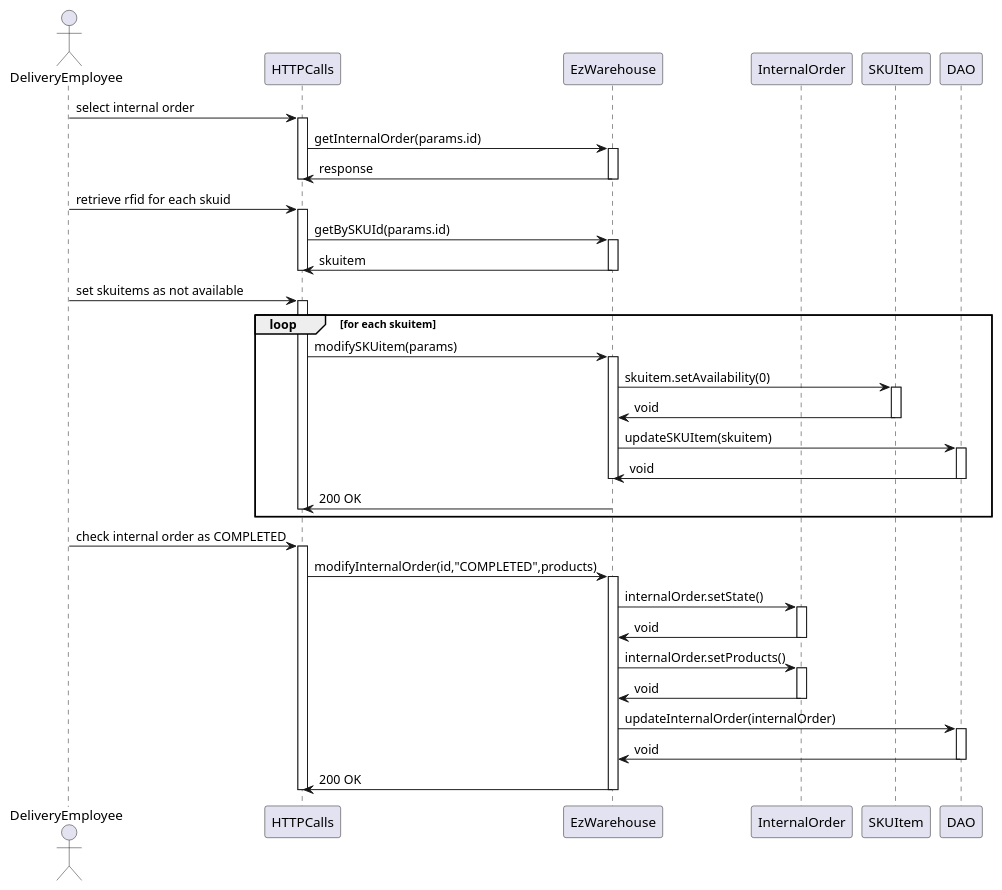
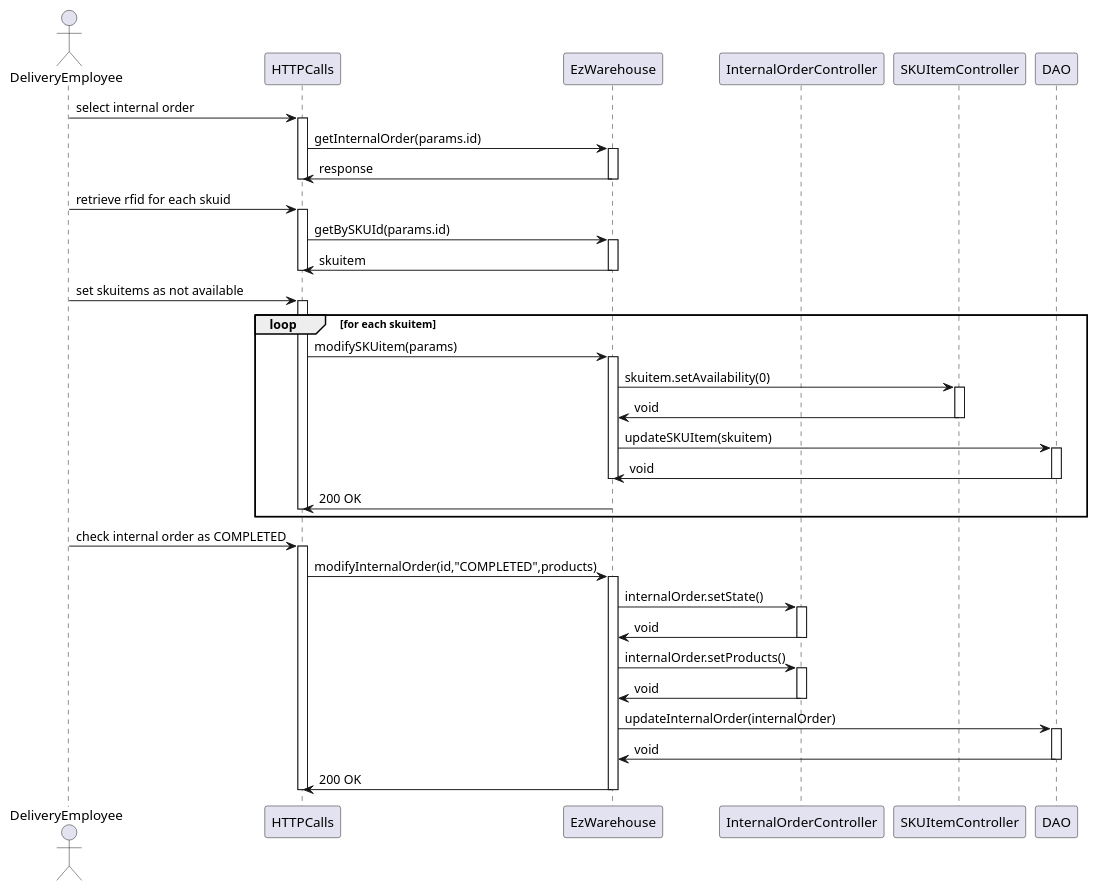
One commit to DavideArcolini/SoftEng_garbageCollector changed diagram 17 of 19 in DesignDocument.md. Above: the diagram before and after it, drawn with PlantUML. The commit also changed other lines of this file and 5 other files, not shown here.

````diff
--- a/DesignDocument.md
+++ b/DesignDocument.md
@@ -1165,64 +1170,64 @@
 ```plantuml
 actor DeliveryEmployee as D
 participant HTTPCalls
 participant EzWarehouse as ezwh
-participant InternalOrder as I
-participant SKUItem as S
+participant InternalOrderController as I
+participant SKUItemController as S
 participant DAO as DAO
 
 D -> HTTPCalls : select internal order
 activate HTTPCalls
 HTTPCalls -> ezwh : getInternalOrder(params.id)
 activate ezwh
 ezwh -> HTTPCalls : response
 deactivate ezwh
 deactivate HTTPCalls
 
 D -> HTTPCalls : retrieve rfid for each skuid
 activate HTTPCalls
 
 HTTPCalls -> ezwh : getBySKUId(params.id)
 activate ezwh
 ezwh -> HTTPCalls : skuitem
 deactivate ezwh
 deactivate HTTPCalls
 
 D -> HTTPCalls : set skuitems as not available
 activate HTTPCalls
 loop for each skuitem
 HTTPCalls -> ezwh : modifySKUitem(params)
 activate ezwh
 ezwh -> S : skuitem.setAvailability(0)
 activate S
 S -> ezwh : void
 deactivate S
 ezwh -> DAO : updateSKUItem(skuitem)
 activate DAO
 DAO -> ezwh : void
 deactivate DAO
 deactivate ezwh
 ezwh -> HTTPCalls : 200 OK
 deactivate HTTPCalls
 end
 
 D -> HTTPCalls : check internal order as COMPLETED
 activate HTTPCalls
 HTTPCalls -> ezwh : modifyInternalOrder(id,"COMPLETED",products)
 activate ezwh
 ezwh -> I : internalOrder.setState()
 activate I
 ezwh <- I : void
 deactivate I
 ezwh -> I : internalOrder.setProducts()
 activate I
 ezwh <- I : void
 deactivate I
 ezwh->DAO : updateInternalOrder(internalOrder)
 activate DAO
 DAO -> ezwh: void
 deactivate DAO
 
 ezwh -> HTTPCalls : 200 OK
 deactivate ezwh
 deactivate HTTPCalls
 ```
````
